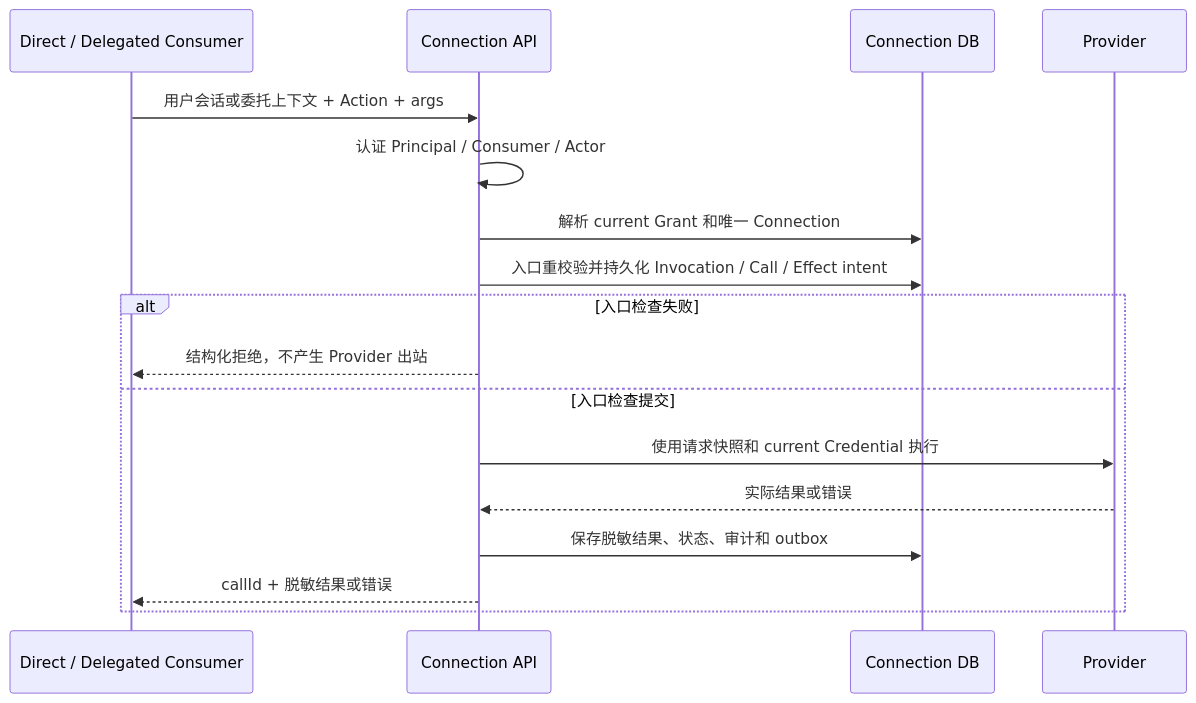
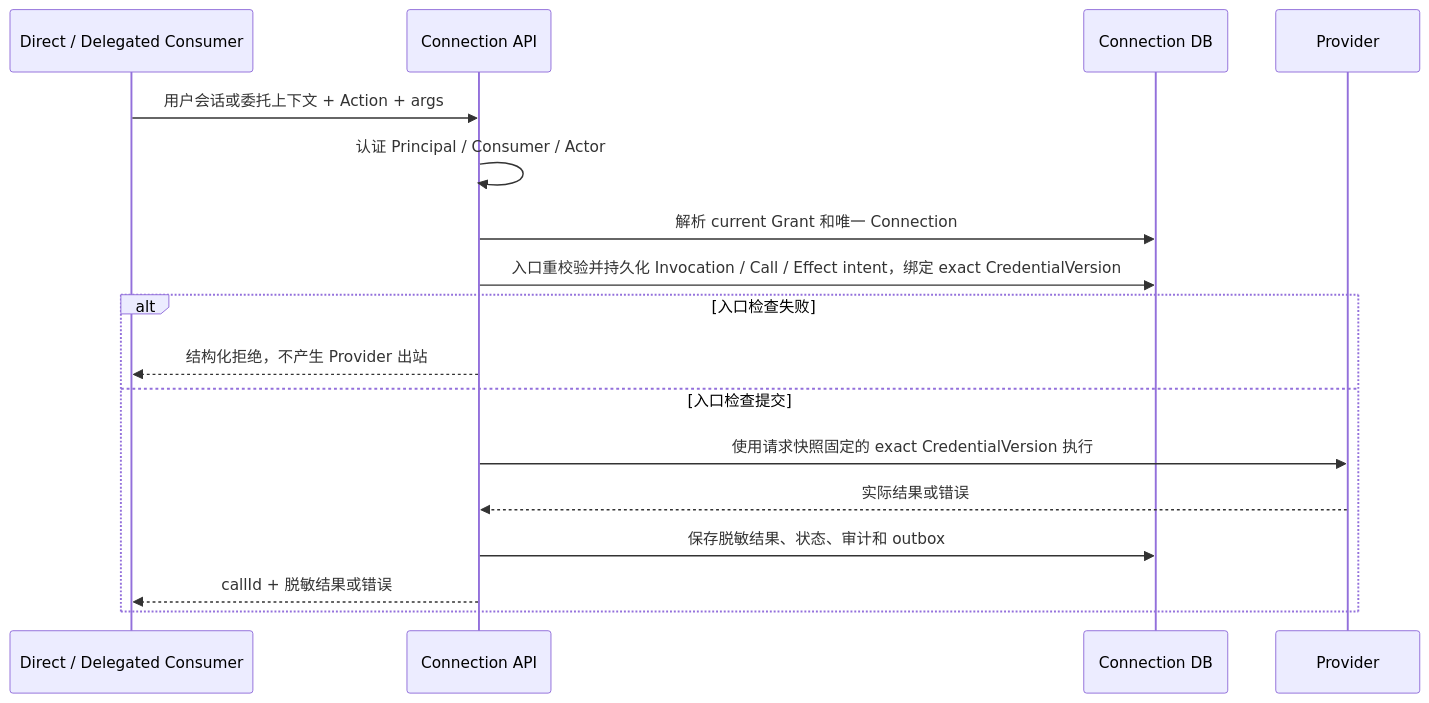
The diagram in docs/architecture/HLD-connection-M1.md (AgoraIO-Extensions/agent-infra), drawn with Mermaid before and after one commit. The commit also changed other lines of this file, not shown here.

Commit message:
docs: bind calls to credential version

````diff
--- a/docs/architecture/HLD-connection-M1.md
+++ b/docs/architecture/HLD-connection-M1.md
@@ -121,20 +121,20 @@
 ```mermaid
 sequenceDiagram
     participant U as Direct / Delegated Consumer
     participant C as Connection API
     participant D as Connection DB
     participant X as Provider
 
     U->>C: 用户会话或委托上下文 + Action + args
     C->>C: 认证 Principal / Consumer / Actor
     C->>D: 解析 current Grant 和唯一 Connection
-    C->>D: 入口重校验并持久化 Invocation / Call / Effect intent
+    C->>D: 入口重校验并持久化 Invocation / Call / Effect intent，绑定 exact CredentialVersion
     alt 入口检查失败
         C-->>U: 结构化拒绝，不产生 Provider 出站
     else 入口检查提交
-        C->>X: 使用请求快照和 current Credential 执行
+        C->>X: 使用请求快照固定的 exact CredentialVersion 执行
         X-->>C: 实际结果或错误
         C->>D: 保存脱敏结果、状态、审计和 outbox
         C-->>U: callId + 脱敏结果或错误
     end
 ```
````
